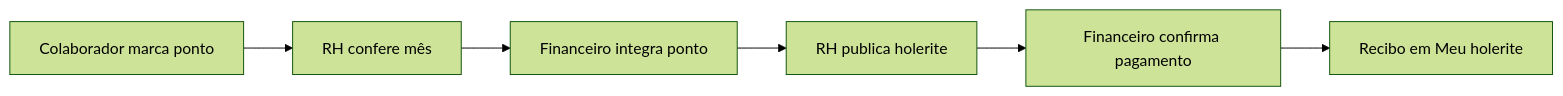
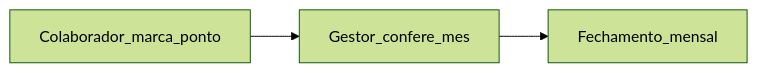
The first of 2 diagrams in docs/FOLHA_PONTO.md (lucascastro-dev/gerenciamentoDeAcademia), drawn with Mermaid (forest theme) before and after one commit. The commit also changed other lines of this file and 16 other files, not shown here.

````diff
--- a/docs/FOLHA_PONTO.md
+++ b/docs/FOLHA_PONTO.md
@@ -7,8 +7,5 @@
 ```mermaid
 flowchart LR
-  A[Colaborador marca ponto] --> B[RH confere mês]
-  B --> C[Financeiro integra ponto]
-  C --> D[RH publica holerite]
-  D --> E[Financeiro confirma pagamento]
-  E --> F[Recibo em Meu holerite]
+  A[Colaborador_marca_ponto] --> B[Gestor_confere_mes]
+  B --> C[Fechamento_mensal]
 ```
````
